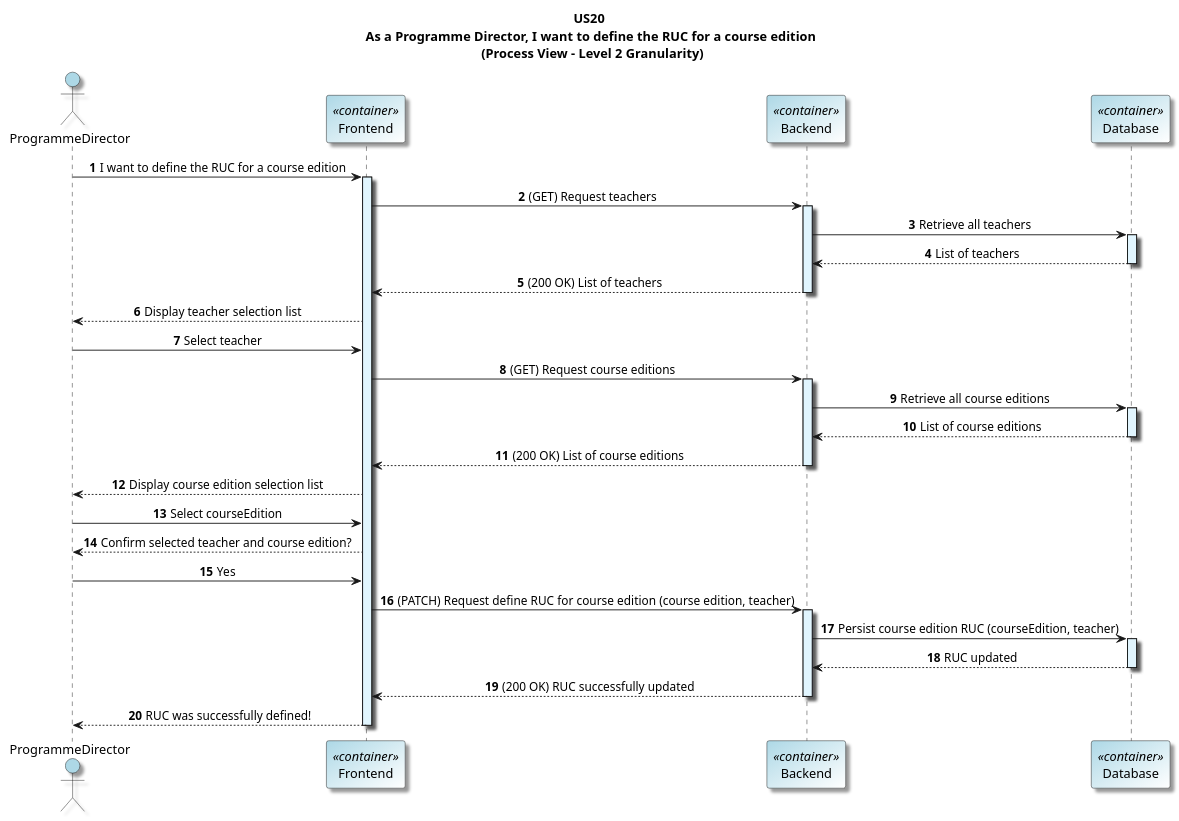
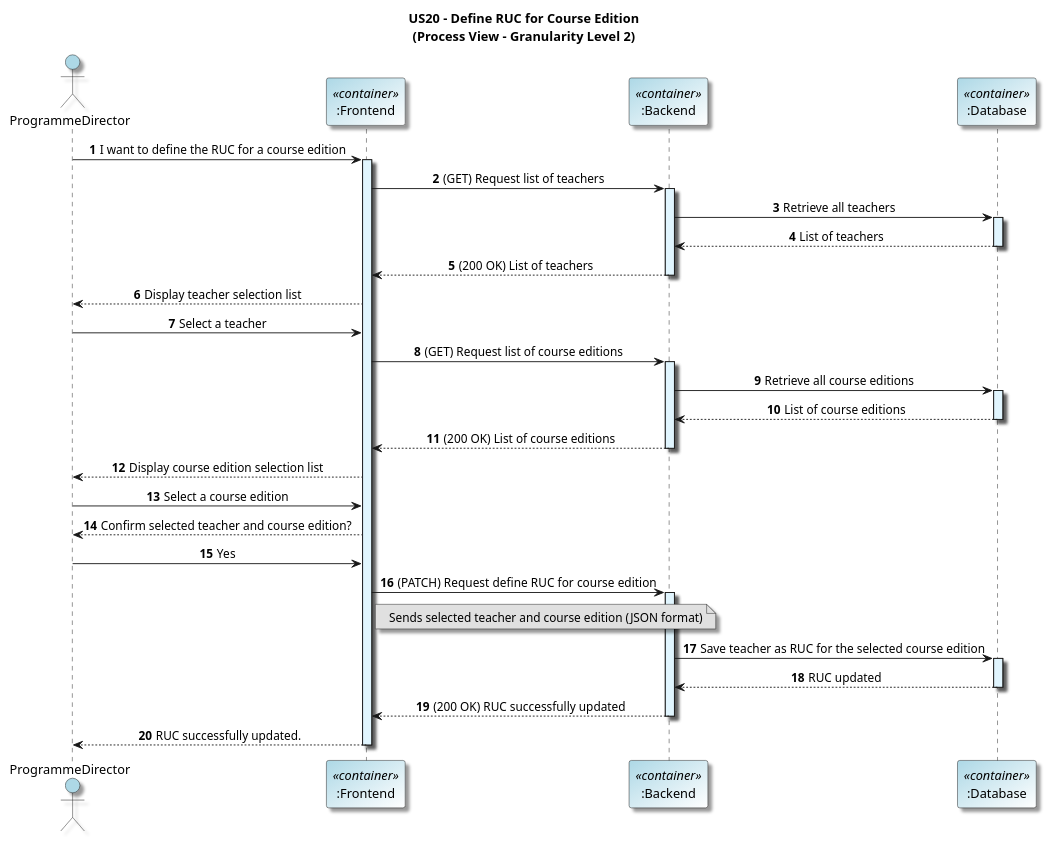
The diagram in docs/US20/sprint6_RestAPI/processView/DefineRUCForACourseEdition_Level2Granularity.puml (GasparISEP/DevOps-PAI), drawn with PlantUML before and after one commit.

Commit message:
Refs #545, #536: Minor updates on process view diagram with level 2 granularity for DefineARucForCourseEdition functionality

```diff
--- a/docs/US20/sprint6_RestAPI/processView/DefineRUCForACourseEdition_Level2Granularity.puml
+++ b/docs/US20/sprint6_RestAPI/processView/DefineRUCForACourseEdition_Level2Granularity.puml
@@ -1,71 +1,70 @@
 @startuml
-
-title US20 \n As a Programme Director, I want to define the RUC for a course edition \n (Process View - Level 2 Granularity)
+title US20 – Define RUC for Course Edition\n(Process View – Granularity Level 2)
 
 skinparam titleFontName "Verdana"
 skinparam defaultFontName "Verdana"
 skinparam defaultTextAlignment center
 skinparam shadowing true
 skinparam actorBackgroundColor #lightblue
 skinparam participantBackgroundColor #lightblue/white
 
 autonumber
 
 actor ProgrammeDirector as PD
-participant "Frontend" as Frontend <<container>>
-participant "Backend" as Backend <<container>>
-participant "Database" as DB <<container>>
+participant ":Frontend" as Frontend <<container>>
+participant ":Backend" as Backend <<container>>
+participant ":Database" as DB <<container>>
 
 PD -> Frontend: I want to define the RUC for a course edition
 activate Frontend #E1F5FE
 
 ' --- Select teachers ---
-Frontend -> Backend: (GET) Request teachers
-activate Backend  #E1F5FE
+Frontend -> Backend: (GET) Request list of teachers
+activate Backend #E1F5FE
 Backend -> DB: Retrieve all teachers
-activate DB  #E1F5FE
+activate DB #E1F5FE
 DB --> Backend: List of teachers
 deactivate DB
 Backend --> Frontend: (200 OK) List of teachers
 deactivate Backend
 Frontend --> PD: Display teacher selection list
 
-
-PD -> Frontend: Select teacher
+PD -> Frontend: Select a teacher
 
 ' --- Select course edition ---
-Frontend -> Backend: (GET) Request course editions
-activate Backend  #E1F5FE
+Frontend -> Backend: (GET) Request list of course editions
+activate Backend #E1F5FE
 Backend -> DB: Retrieve all course editions
-activate DB  #E1F5FE
+activate DB #E1F5FE
 DB --> Backend: List of course editions
 deactivate DB
 Backend --> Frontend: (200 OK) List of course editions
 deactivate Backend
 Frontend --> PD: Display course edition selection list
 
+PD -> Frontend: Select a course edition
 
-PD -> Frontend: Select courseEdition
-
-
-
-' --- Confirm ---
+' --- Confirm selection ---
 Frontend --> PD: Confirm selected teacher and course edition?
 
 PD -> Frontend: Yes
 
+' --- Define RUC ---
+Frontend -> Backend: (PATCH) Request define RUC for course edition
+note right of Frontend #E0E0E0
+  Sends selected teacher and course edition (JSON format)
+end note
+activate Backend #E1F5FE
 
-' --- Define RUC ---
-Frontend -> Backend: (PATCH) Request define RUC for course edition (course edition, teacher)
-activate Backend  #E1F5FE
-Backend -> DB: Persist course edition RUC (courseEdition, teacher)
-activate DB  #E1F5FE
+Backend -> DB: Save teacher as RUC for the selected course edition
+activate DB #E1F5FE
 DB --> Backend: RUC updated
 deactivate DB
+
 Backend --> Frontend: (200 OK) RUC successfully updated
 deactivate Backend
 
-Frontend --> PD: RUC was successfully defined!
+Frontend --> PD: RUC successfully updated.
 deactivate Frontend
 
 @enduml
```
